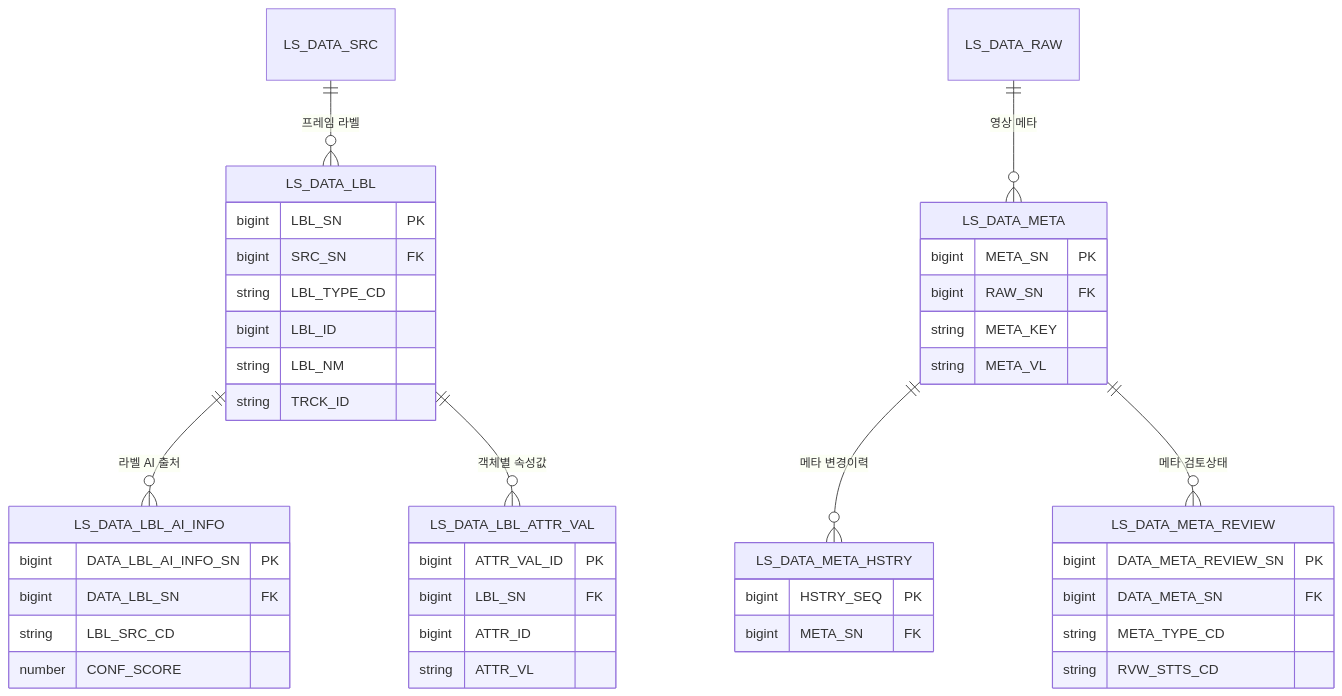
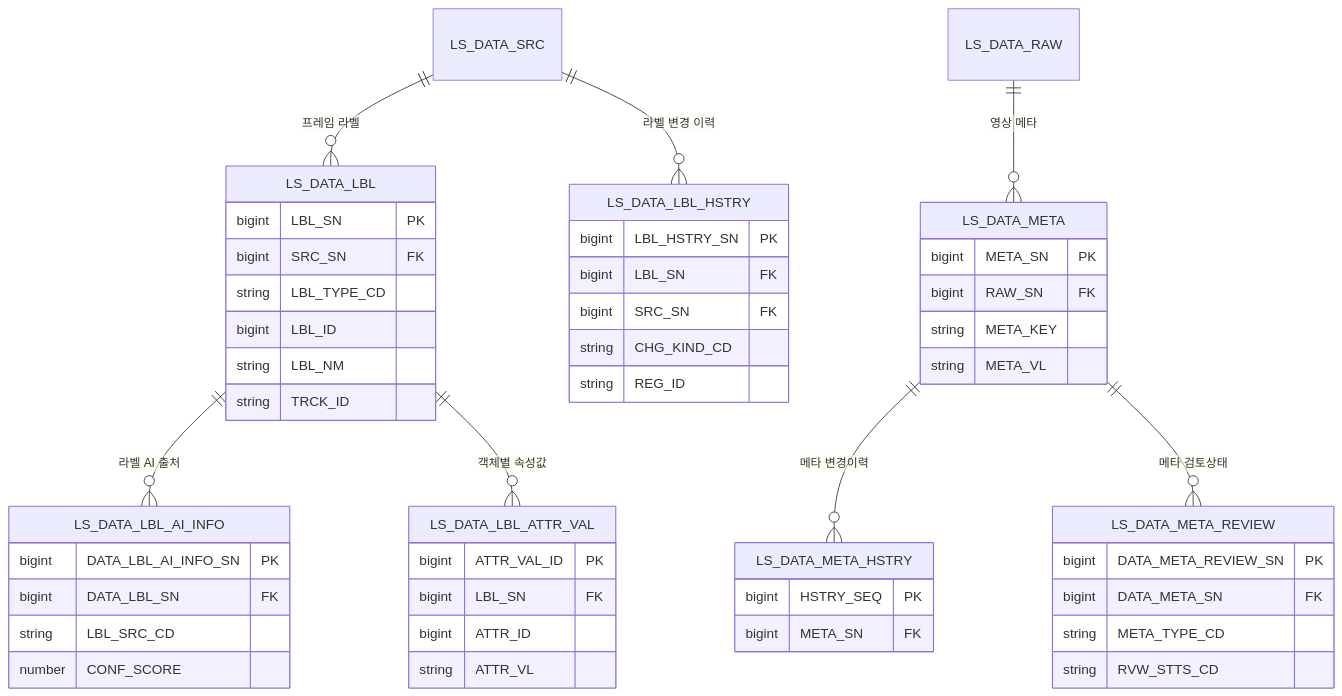
The second of 16 diagrams in docs/design-full/D8-엔티티관계모형설계서.md (New-stella/klid-label), drawn with Mermaid before and after one commit. The commit also changed other lines of this file and 78 other files, not shown here.

````diff
--- a/docs/design-full/D8-엔티티관계모형설계서.md
+++ b/docs/design-full/D8-엔티티관계모형설계서.md
@@ -95,45 +96,53 @@
 ```mermaid
 erDiagram
     LS_DATA_SRC ||--o{ LS_DATA_LBL : "프레임 라벨"
     LS_DATA_LBL ||--o{ LS_DATA_LBL_AI_INFO : "라벨 AI 출처"
     LS_DATA_LBL ||--o{ LS_DATA_LBL_ATTR_VAL : "객체별 속성값"
     LS_DATA_RAW ||--o{ LS_DATA_META : "영상 메타"
     LS_DATA_META ||--o{ LS_DATA_META_HSTRY : "메타 변경이력"
     LS_DATA_META ||--o{ LS_DATA_META_REVIEW : "메타 검토상태"
+    LS_DATA_SRC ||--o{ LS_DATA_LBL_HSTRY : "라벨 변경 이력"
     LS_DATA_LBL {
         bigint LBL_SN PK
         bigint SRC_SN FK
         string LBL_TYPE_CD
         bigint LBL_ID
         string LBL_NM
         string TRCK_ID
     }
     LS_DATA_LBL_AI_INFO {
         bigint DATA_LBL_AI_INFO_SN PK
         bigint DATA_LBL_SN FK
         string LBL_SRC_CD
         number CONF_SCORE
     }
     LS_DATA_LBL_ATTR_VAL {
         bigint ATTR_VAL_ID PK
         bigint LBL_SN FK
         bigint ATTR_ID
         string ATTR_VL
     }
     LS_DATA_META {
         bigint META_SN PK
         bigint RAW_SN FK
         string META_KEY
         string META_VL
     }
     LS_DATA_META_HSTRY {
         bigint HSTRY_SEQ PK
         bigint META_SN FK
     }
     LS_DATA_META_REVIEW {
         bigint DATA_META_REVIEW_SN PK
         bigint DATA_META_SN FK
         string META_TYPE_CD
         string RVW_STTS_CD
     }
+    LS_DATA_LBL_HSTRY {
+        bigint LBL_HSTRY_SN PK
+        bigint LBL_SN FK
+        bigint SRC_SN FK
+        string CHG_KIND_CD
+        string REG_ID
+    }
 ```
````
